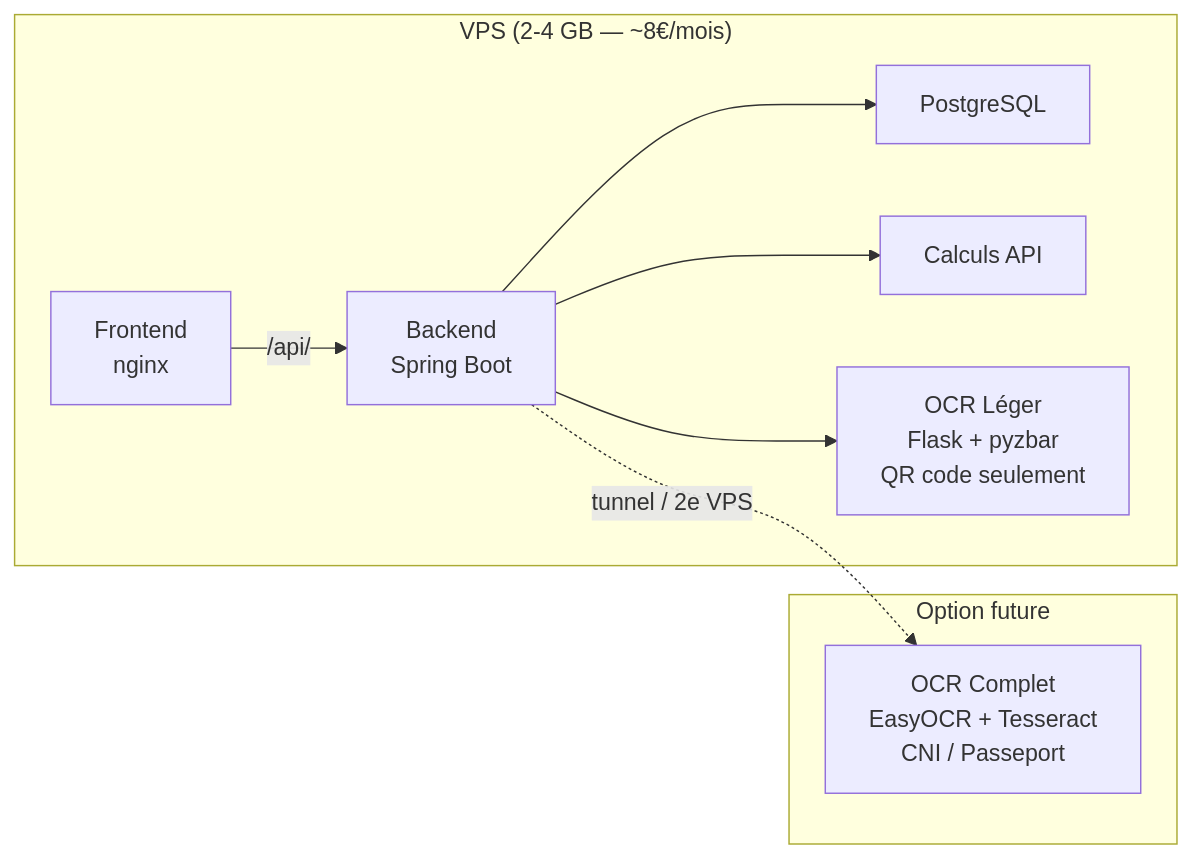
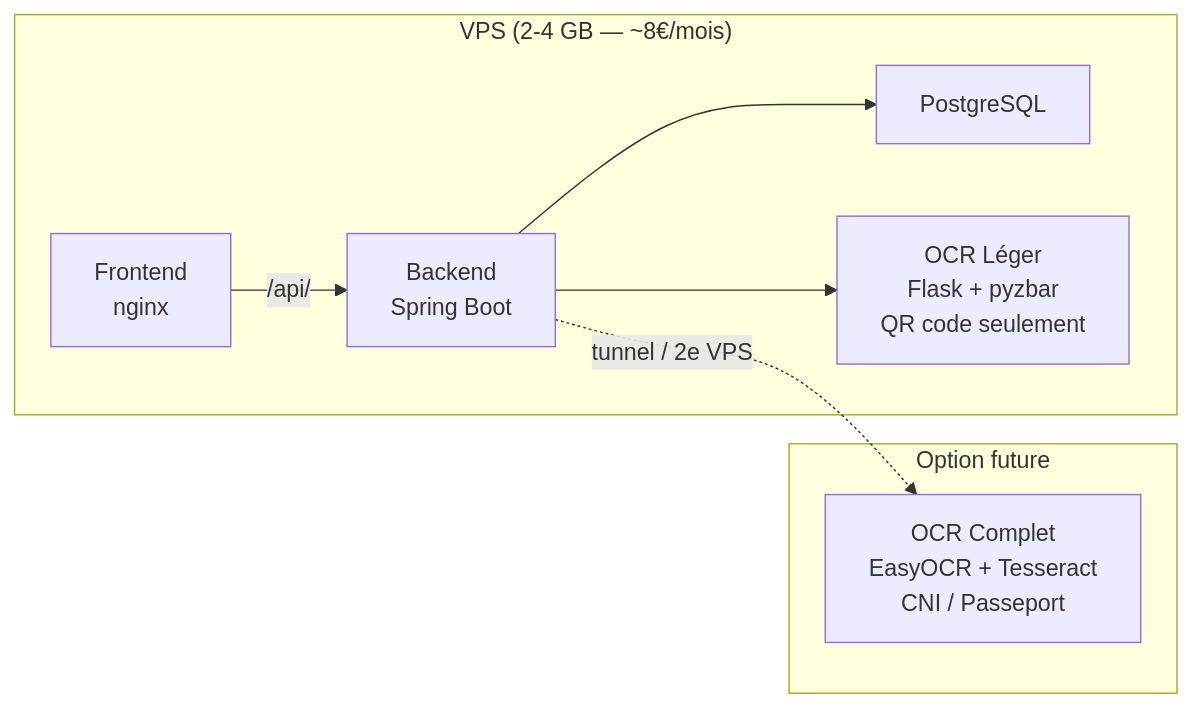
Before and after one commit to hamohand/frida-micros-racine: the first of 2 diagrams in docs/architecture/deploiement_vps.md, drawn with Mermaid. The commit also changed other lines of this file and 6 other files, not shown here.

````diff
--- a/docs/architecture/deploiement_vps.md
+++ b/docs/architecture/deploiement_vps.md
@@ -7,18 +7,16 @@
 ```mermaid
 graph LR
     subgraph "VPS (2-4 GB — ~8€/mois)"
         FE["Frontend<br/>nginx"]
         BE["Backend<br/>Spring Boot"]
         DB["PostgreSQL"]
-        CA["Calculs API"]
         OCR_LIGHT["OCR Léger<br/>Flask + pyzbar<br/>QR code seulement"]
     end
     subgraph "Option future"
         OCR_FULL["OCR Complet<br/>EasyOCR + Tesseract<br/>CNI / Passeport"]
     end
     FE -->|/api/| BE
     BE --> DB
-    BE --> CA
     BE --> OCR_LIGHT
     BE -.->|tunnel / 2e VPS| OCR_FULL
 ```
````
